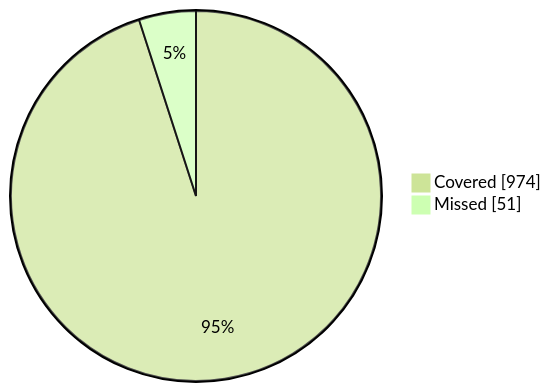
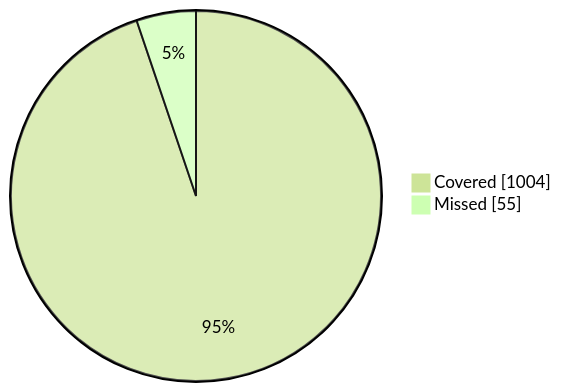
The diagram in coverage.mmd (DINGIRABZU/ABZU), drawn with Mermaid (forest theme) before and after one commit. The commit also changed 5 other files, not shown here.

```diff
--- a/coverage.mmd
+++ b/coverage.mmd
@@ -1,3 +1,3 @@
 pie showData
-    "Covered" : 974
-    "Missed" : 51
+    "Covered" : 1004
+    "Missed" : 55
```
